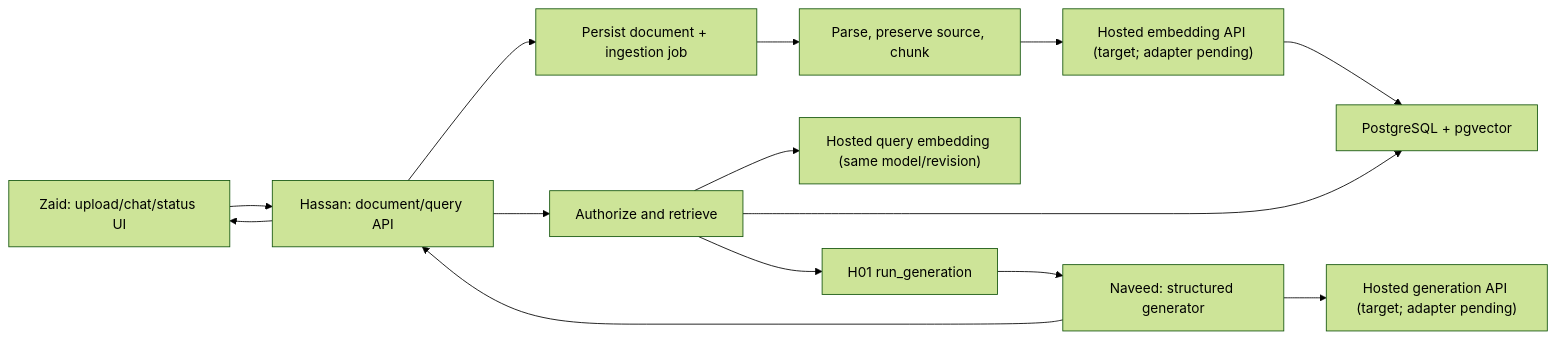
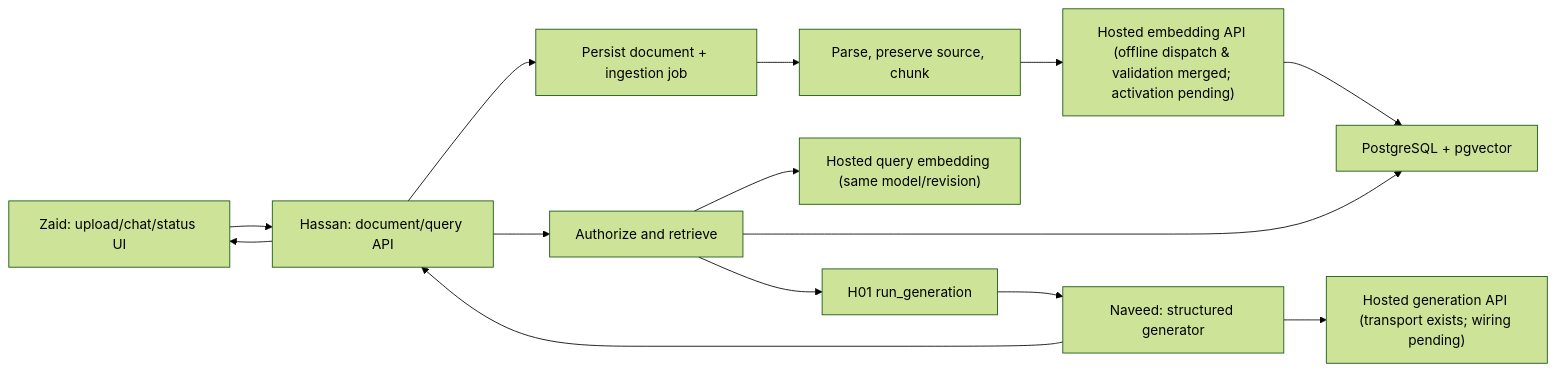
The diagram in docs/ARCHITECTURE.md (Hassan092-prog/KNEXUS), drawn with Mermaid (forest theme) before and after one commit. The commit also changed other lines of this file and 16 other files, not shown here.

```diff
--- a/docs/ARCHITECTURE.md
+++ b/docs/ARCHITECTURE.md
@@ -24,16 +24,16 @@
 ~~~mermaid
 flowchart LR
     UI["Zaid: upload/chat/status UI"] --> API["Hassan: document/query API"]
     API --> JOB["Persist document + ingestion job"]
     JOB --> ING["Parse, preserve source, chunk"]
-    ING --> EMB["Hosted embedding API (target; adapter pending)"]
+    ING --> EMB["Hosted embedding API (offline dispatch & validation merged; activation pending)"]
     EMB --> DB["PostgreSQL + pgvector"]
     API --> RET["Authorize and retrieve"]
     RET --> QEMB["Hosted query embedding (same model/revision)"]
     RET --> DB
     RET --> BOUNDARY["H01 run_generation"]
     BOUNDARY --> GEN["Naveed: structured generator"]
-    GEN --> HOSTED["Hosted generation API (target; adapter pending)"]
+    GEN --> HOSTED["Hosted generation API (transport exists; wiring pending)"]
     GEN --> API
     API --> UI
 ~~~
```
